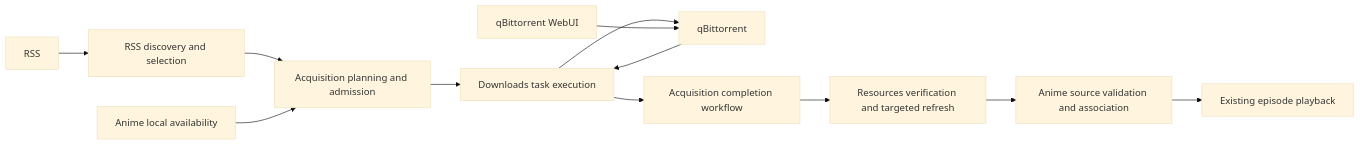
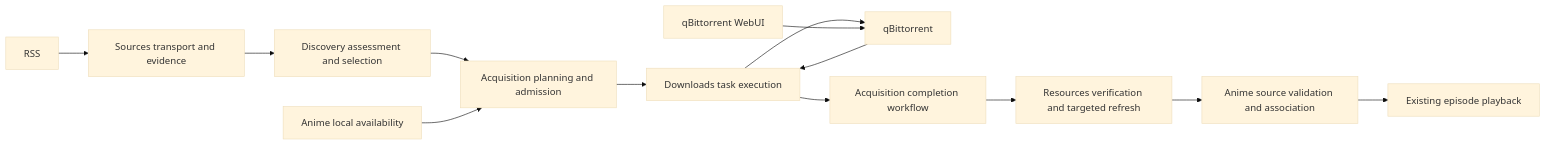
One commit to qw0er/Anishelf changed the first of 2 diagrams in docs/current-architecture.md. Above: the diagram before and after it, drawn with Mermaid (base theme). The commit also changed other lines of this file and 35 other files, not shown here.

Commit message:
refactor(acquisition): extract sources from discovery

````diff
--- a/docs/current-architecture.md
+++ b/docs/current-architecture.md
@@ -17,14 +17,15 @@
 ```mermaid
 flowchart LR
-    RSS --> Discovery[RSS discovery and selection]
+    RSS --> Sources[Sources transport and evidence]
+    Sources --> Discovery[Discovery assessment and selection]
     Discovery --> Plan[Acquisition planning and admission]
     Catalog[Anime local availability] --> Plan
     Plan --> Downloads[Downloads task execution]
     Downloads --> Q[qBittorrent]
     Q --> Downloads
     Downloads --> Ingest[Acquisition completion workflow]
     Ingest --> Resources[Resources verification and targeted refresh]
     Resources --> Anime[Anime source validation and association]
     Anime --> Library[Existing episode playback]
     WebUI[qBittorrent WebUI] --> Q
 ```
````
